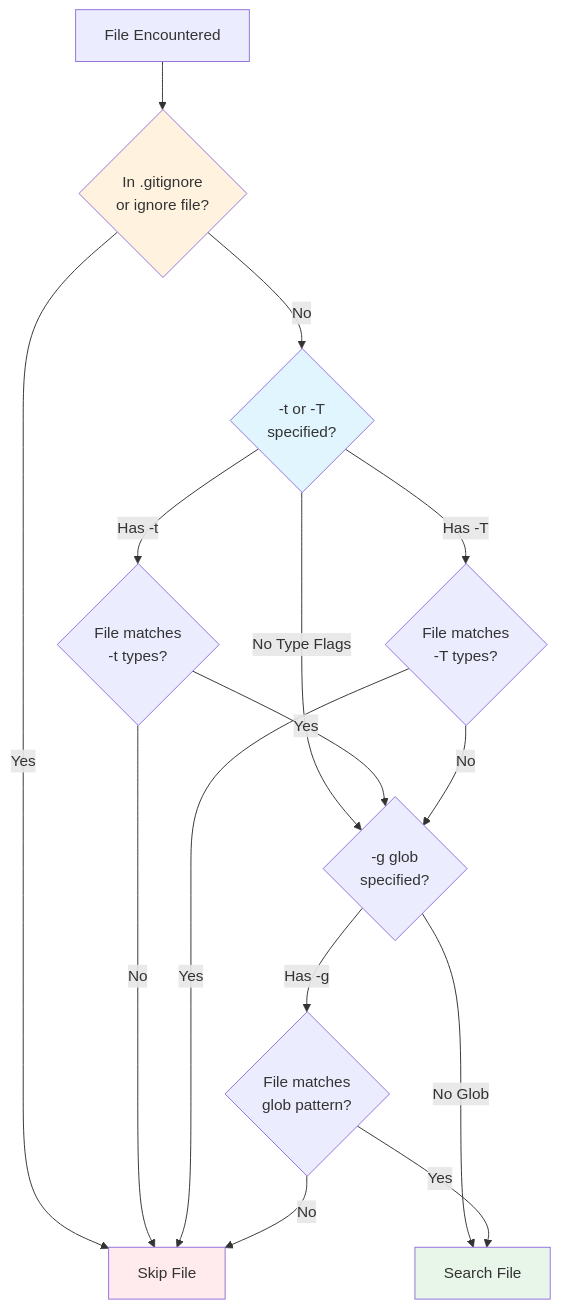
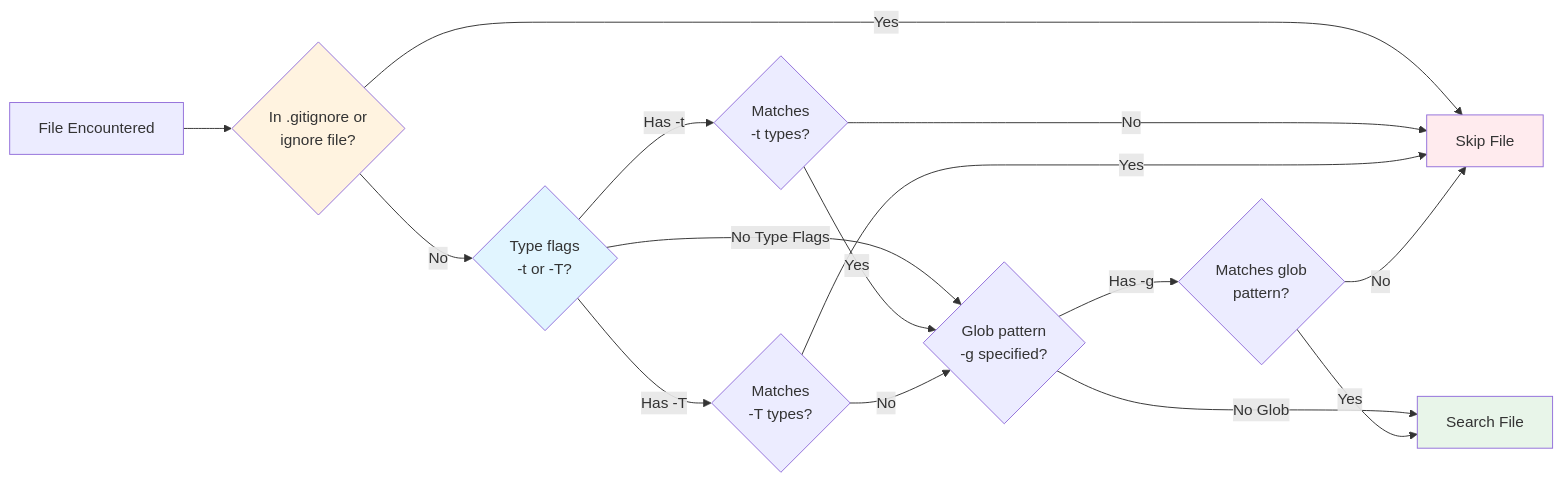
Before and after one commit to iepathos/ripgrep: the diagram in docs/manual-filtering-types.md, drawn with Mermaid. The commit also changed other lines of this file, not shown here.

Commit message:
docs: enhance manual filtering types page with improved diagram and admonition
- Changed flowchart from vertical (TD) to horizontal (LR) layout for better readability
- Improved multi-line labels using proper Mermaid quoted syntax instead of HTML breaks
- Added strategic tip admonition for short form syntax explaining when it's most useful
- Diagram now uses full page width effectively and labels are more compact

Page: docs/manual-filtering-types.md

````diff
--- a/docs/manual-filtering-types.md
+++ b/docs/manual-filtering-types.md
@@ -522,33 +525,33 @@
 ```mermaid
-flowchart TD
-    Start[File Encountered] --> IgnoreCheck{"In .gitignore
-or ignore file?"}
+flowchart LR
+    Start[File Encountered] --> IgnoreCheck{"In .gitignore or
+    ignore file?"}
     IgnoreCheck -->|Yes| Skip[Skip File]
-    IgnoreCheck -->|No| TypeCheck{"-t or -T
-specified?"}
+    IgnoreCheck -->|No| TypeCheck{"Type flags
+    -t or -T?"}
 
-    TypeCheck -->|No Type Flags| GlobCheck{"-g glob
-specified?"}
-    TypeCheck -->|Has -t| MatchType{"File matches
--t types?"}
-    TypeCheck -->|Has -T| ExcludeType{"File matches
--T types?"}
+    TypeCheck -->|No Type Flags| GlobCheck{"Glob pattern
+    -g specified?"}
+    TypeCheck -->|Has -t| MatchType{"Matches
+    -t types?"}
+    TypeCheck -->|Has -T| ExcludeType{"Matches
+    -T types?"}
 
     MatchType -->|Yes| GlobCheck
     MatchType -->|No| Skip
 
     ExcludeType -->|Yes| Skip
     ExcludeType -->|No| GlobCheck
 
     GlobCheck -->|No Glob| Search[Search File]
-    GlobCheck -->|Has -g| MatchGlob{"File matches
-glob pattern?"}
+    GlobCheck -->|Has -g| MatchGlob{"Matches glob
+    pattern?"}
 
     MatchGlob -->|Yes| Search
     MatchGlob -->|No| Skip
 
     style Search fill:#e8f5e9
     style Skip fill:#ffebee
     style IgnoreCheck fill:#fff3e0
     style TypeCheck fill:#e1f5ff
 ```
````
